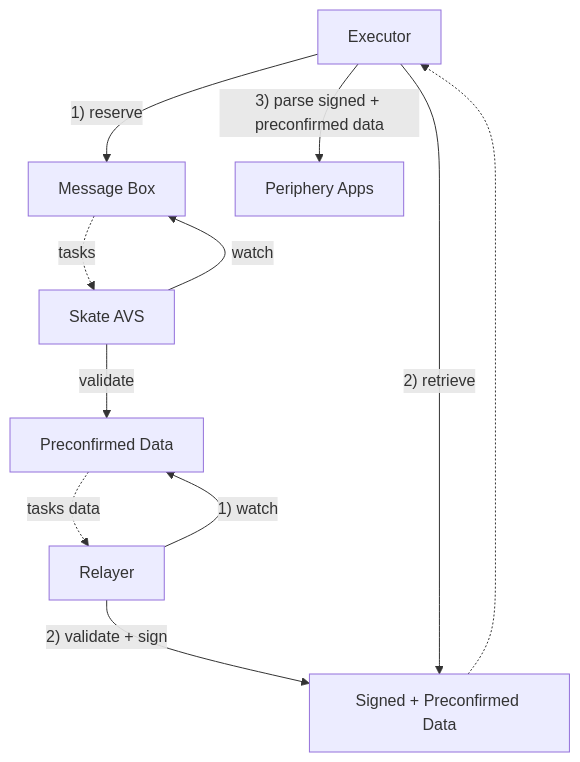
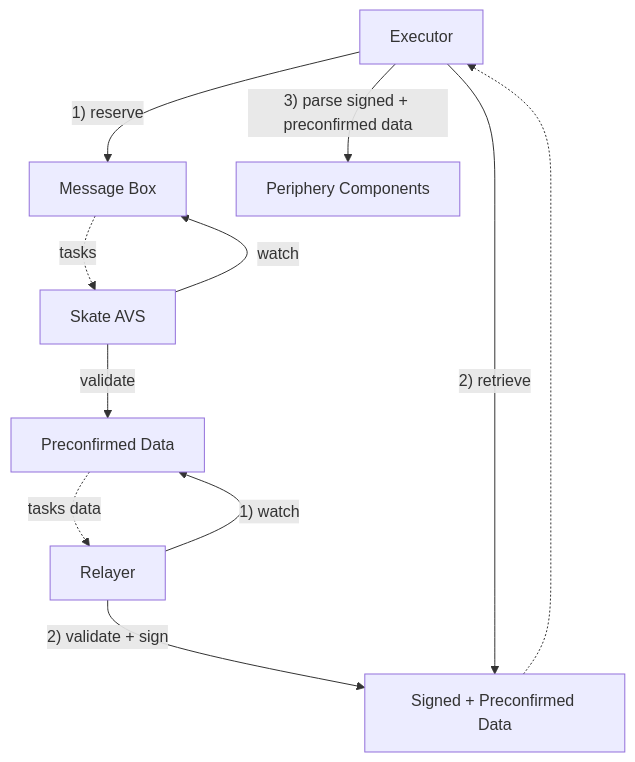
Before and after one commit to Skate-Org/docs: the diagram in main/architecture/execution-network.mdx, drawn with Mermaid. The commit also changed other lines of this file and 3 other files, not shown here.

Commit message:
edit architecture components

````diff
--- a/main/architecture/execution-network.mdx
+++ b/main/architecture/execution-network.mdx
@@ -25,26 +29,26 @@
 ```mermaid
   flowchart TB
     executor[Executor]
     MB[Message Box]
-    periphery[Periphery Apps]
+    periphery[Periphery Components]
     AVS[Skate AVS]
     relayer[Relayer]
     data[Preconfirmed Data]
     signed_data[Signed + Preconfirmed Data]
 
     executor -- "1) reserve" --> MB
 
     AVS -- watch --> MB
     MB -. tasks .-> AVS
 
     AVS -- validate --> data
     relayer -- "1) watch" --> data
 
     data -. tasks data .-> relayer
     relayer -- "2) validate + sign" --> signed_data
 
     executor -- "2) retrieve" --> signed_data
     signed_data -..-> executor
 
     executor -- "3) parse signed + preconfirmed data" --> periphery
 ```
````
